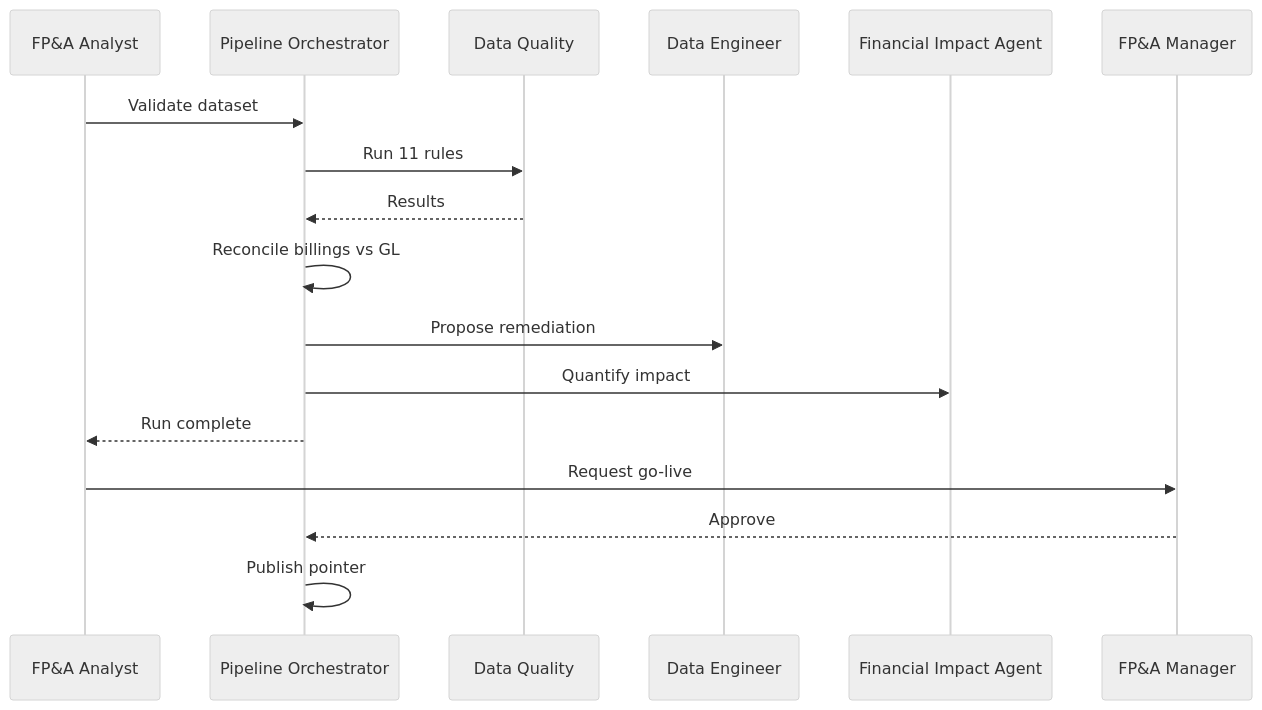
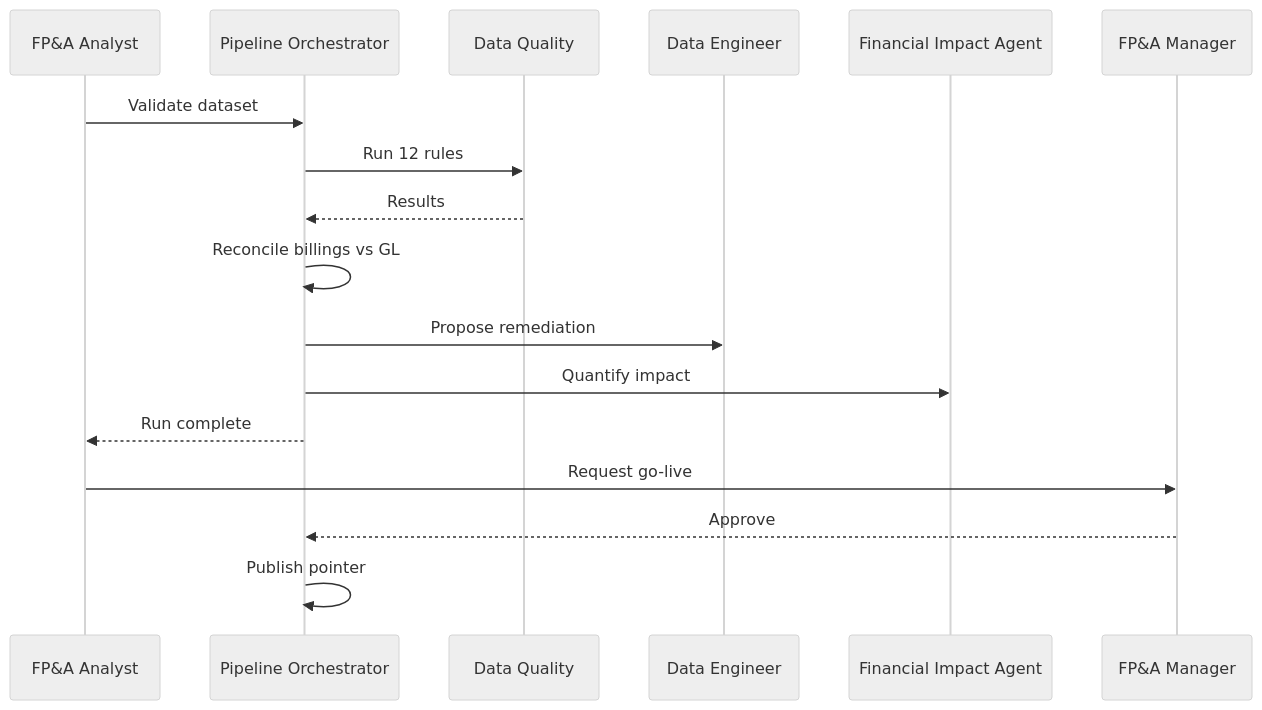
One commit to rlp-jym/zoomcamp-ai-dev-cohort-2026 changed the second of 2 diagrams in revenue_data_reliability/docs/architecture.md. Above: the diagram before and after it, drawn with Mermaid (neutral theme). The commit also changed other lines of this file and 5 other files, not shown here.

````diff
--- a/revenue_data_reliability/docs/architecture.md
+++ b/revenue_data_reliability/docs/architecture.md
@@ -41,19 +41,19 @@
 ```mermaid
 sequenceDiagram
   participant A as FP&A Analyst
   participant O as Pipeline Orchestrator
   participant DQ as Data Quality
   participant DE as Data Engineer
   participant FA as Financial Impact Agent
   participant M as FP&A Manager
   A->>O: Validate dataset
-  O->>DQ: Run 11 rules
+  O->>DQ: Run 12 rules
   DQ-->>O: Results
   O->>O: Reconcile billings vs GL
   O->>DE: Propose remediation
   O->>FA: Quantify impact
   O-->>A: Run complete
   A->>M: Request go-live
   M-->>O: Approve
   O->>O: Publish pointer
 ```
````
